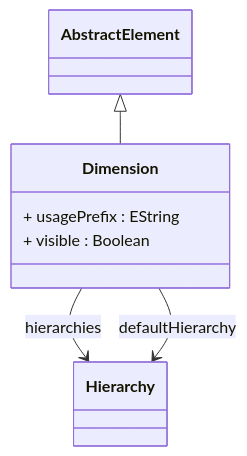
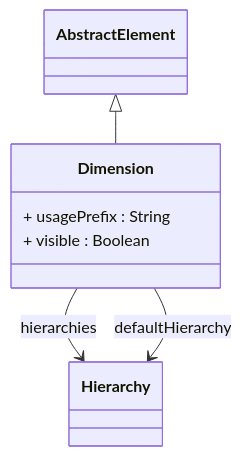
Before and after one commit to eclipse-daanse/eclipse-daanse.github.io: the diagram in docs/cubeserver/model/class-Dimension.md, drawn with Mermaid. The commit also changed other lines of this file and 138 other files, not shown here.

````diff
--- a/docs/cubeserver/model/class-Dimension.md
+++ b/docs/cubeserver/model/class-Dimension.md
@@ -96,12 +99,12 @@
 ```mermaid
 classDiagram
   class Dimension {
-    + usagePrefix : EString
+    + usagePrefix : String
     + visible : Boolean
   }
 
   AbstractElement <|-- Dimension
   Dimension --> Hierarchy : hierarchies
   Dimension --> Hierarchy : defaultHierarchy
 
 ```
````
